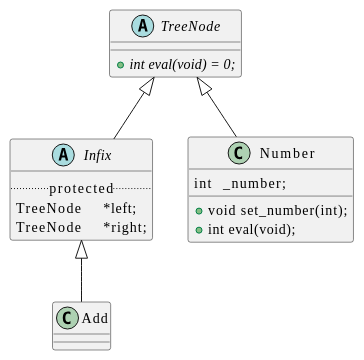
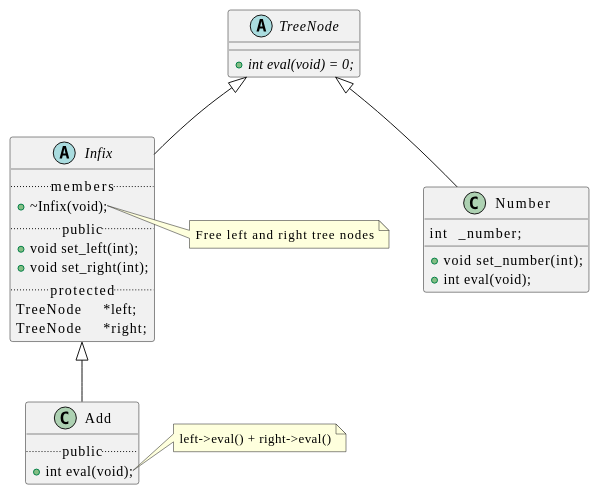
One commit to t-h2o/parsmath changed diagram 12 of 12 in assets/README.adoc. Above: the diagram before and after it, drawn with PlantUML. The commit also changed 7 other files, not shown here.

```diff
--- a/assets/README.adoc
+++ b/assets/README.adoc
@@ -168,26 +168,42 @@
 [plantuml, target=program_class, format=svg, width=100%]
 ....
 @startuml
 skinparam defaultFontName JetBrains Mono
 
 abstract TreeNode {
   +{abstract} int eval(void) = 0;
 }
 abstract Infix {
+  .. members ..
+  +~Infix(void);
+  .. public ..
+  +void set_left(int);
+  +void set_right(int);
   .. protected ..
   TreeNode	*left;
   TreeNode	*right;
 }
-class Add
+note right of Infix::~Infix
+  Free left and right tree nodes
+end note
+
+class Add {
+  .. public ..
+  +int eval(void);
+}
+note right of Add::eval
+  left->eval() + right->eval()
+end note
+
 class Number {
   int	_number;
   +void set_number(int);
   +int eval(void);
 }
 
 TreeNode <|-- Infix
 TreeNode <|-- Number
 Infix <|-- Add
 
 @enduml
 ....
```
